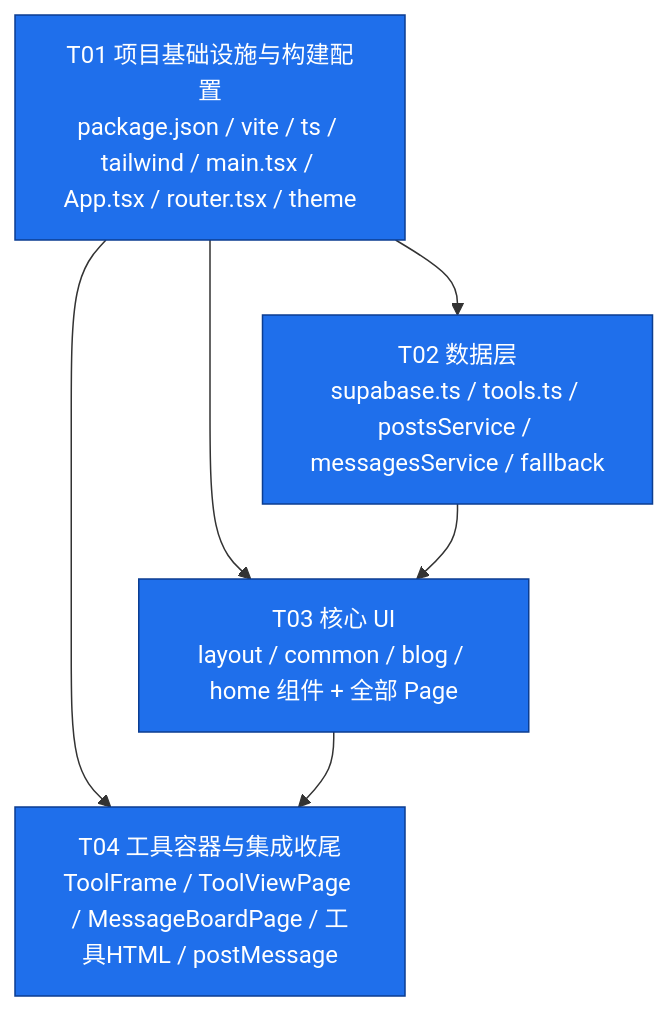
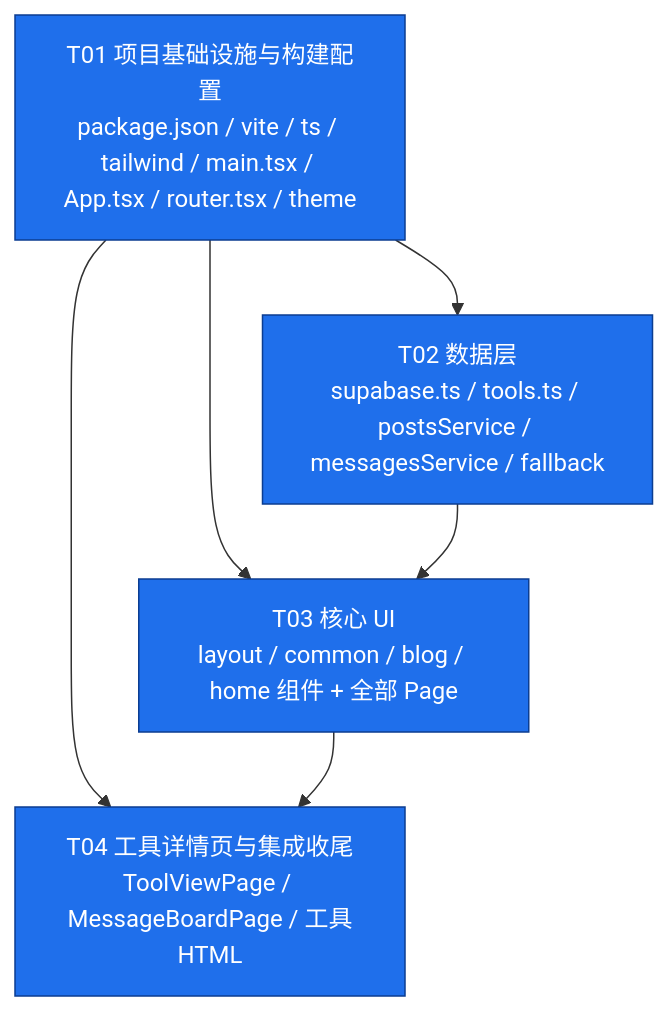
The fifth of 5 diagrams in docs/ARCHITECTURE.md (shssun/bannianjihua-web), drawn with Mermaid before and after one commit. The commit also changed other lines of this file and 6 other files, not shown here.

````diff
--- a/docs/ARCHITECTURE.md
+++ b/docs/ARCHITECTURE.md
@@ -702,16 +682,16 @@
 ```mermaid
 graph TD
     T01[T01 项目基础设施与构建配置<br/>package.json / vite / ts / tailwind / main.tsx / App.tsx / router.tsx / theme]
     T02[T02 数据层<br/>supabase.ts / tools.ts / postsService / messagesService / fallback]
     T03[T03 核心 UI<br/>layout / common / blog / home 组件 + 全部 Page]
-    T04[T04 工具容器与集成收尾<br/>ToolFrame / ToolViewPage / MessageBoardPage / 工具HTML / postMessage]
+    T04[T04 工具详情页与集成收尾<br/>ToolViewPage / MessageBoardPage / 工具HTML]
 
     T01 --> T02
     T01 --> T03
     T02 --> T03
     T01 --> T04
     T03 --> T04
 
     classDef p0 fill:#1f6feb,stroke:#0b3d91,color:#fff;
     class T01,T02,T03,T04 p0;
 ```
````
